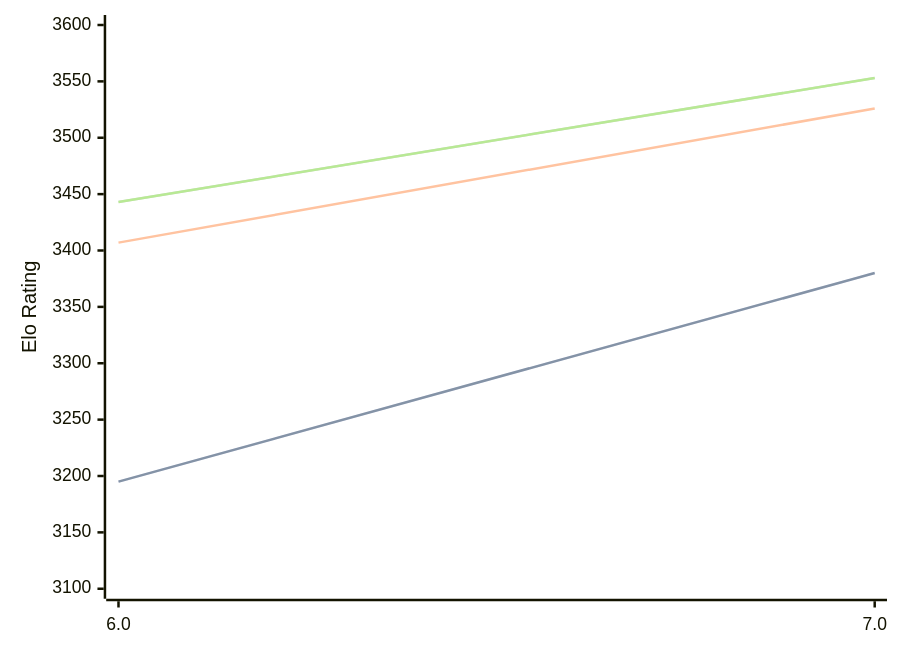
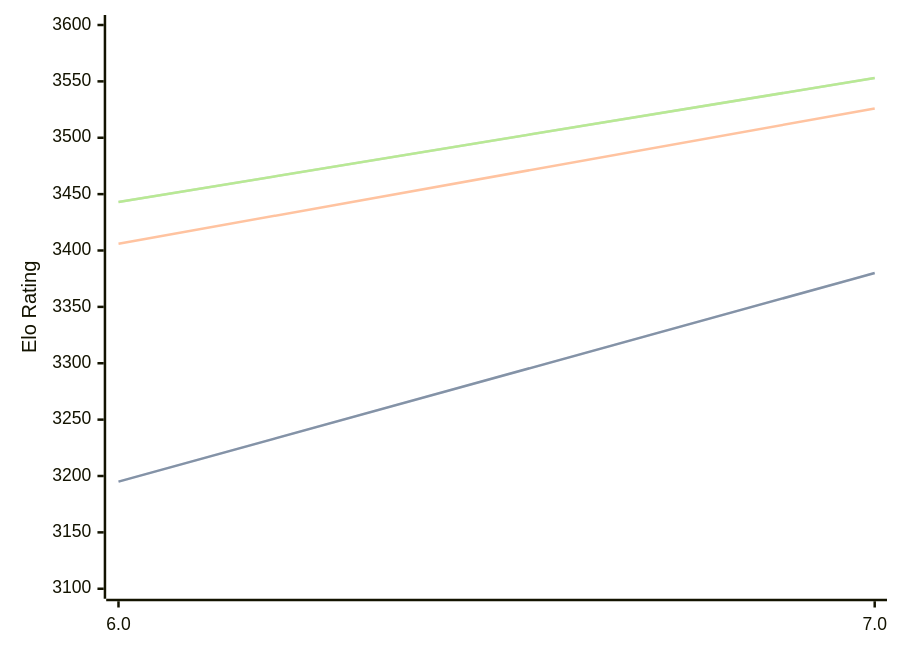
Before and after one commit to computer-chess-index/cci: the diagram in engines/Devre.md, drawn with Mermaid. The commit also changed other lines of this file, not shown here.

````diff
--- a/engines/Devre.md
+++ b/engines/Devre.md
@@ -32,11 +32,11 @@
 ```mermaid
 %%{init: {"theme":"base","themeVariables":{"seriesColors:['#a3a3a3','#222221','#faa371']}}}%%
 xychart-beta
   x-axis ["6.0", "7.0"]
   y-axis "Elo Rating" 3100 --> 3600
   line "" [3195, 3380]
   line "STC (8.0+0.08s)" [3195, 3380]
-  line "LTC (60.0+0.60s)" [3407, 3526]
+  line "LTC (60.0+0.60s)" [3406, 3526]
   line "" [3443, 3553]
   line "VLTC (2m24s+1.12s)" [3443, 3553]
 ```
````
